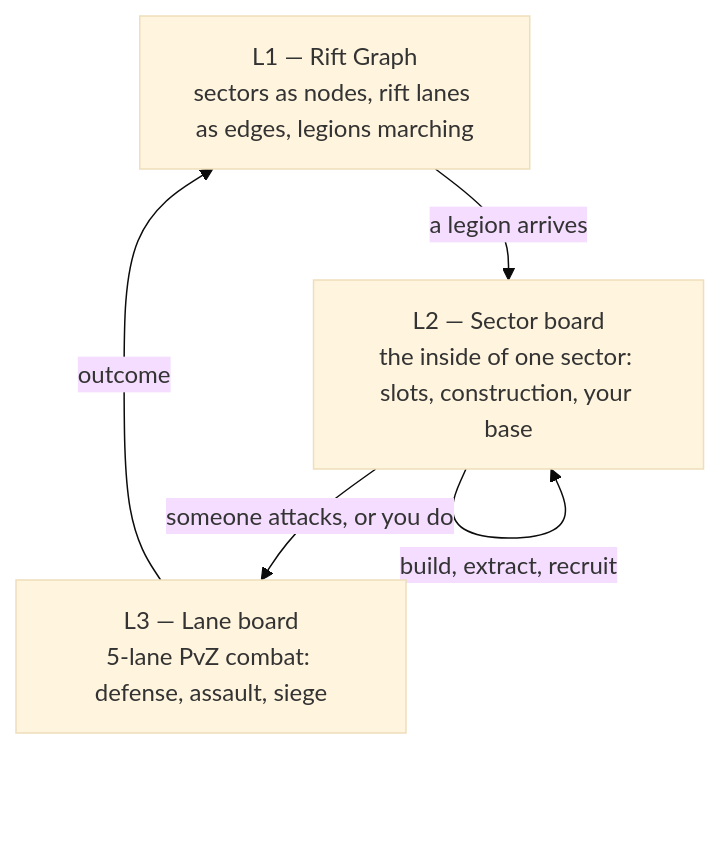
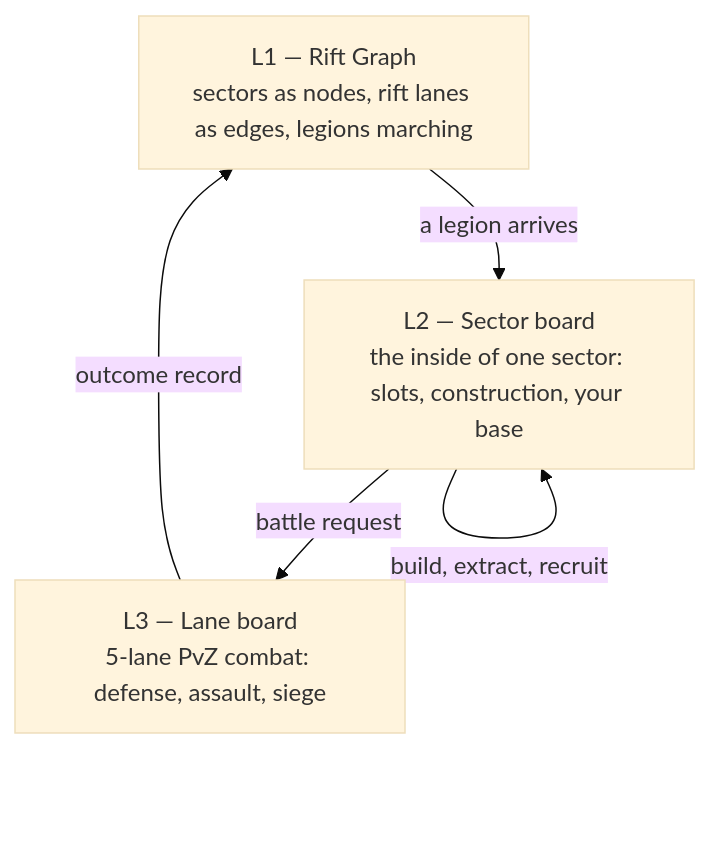
One commit to letuhao/plant-vs-zombie-rise-of-summoner changed the diagram in docs/architecture/world-graph-ideal.md. Above: the diagram before and after it, drawn with Mermaid (base theme). The commit also changed other lines of this file and 112 other files, not shown here.

````diff
--- a/docs/architecture/world-graph-ideal.md
+++ b/docs/architecture/world-graph-ideal.md
@@ -31,10 +32,10 @@
 ```mermaid
 flowchart TB
   L1["L1 — Rift Graph<br/>sectors as nodes, rift lanes as edges, legions marching"]
   L2["L2 — Sector board<br/>the inside of one sector: slots, construction, your base"]
   L3["L3 — Lane board<br/>5-lane PvZ combat: defense, assault, siege"]
   L1 -->|"a legion arrives"| L2
   L2 -->|"build, extract, recruit"| L2
-  L2 -->|"someone attacks, or you do"| L3
-  L3 -->|"outcome"| L1
+  L2 -->|"battle request"| L3
+  L3 -->|"outcome record"| L1
 ```
````
